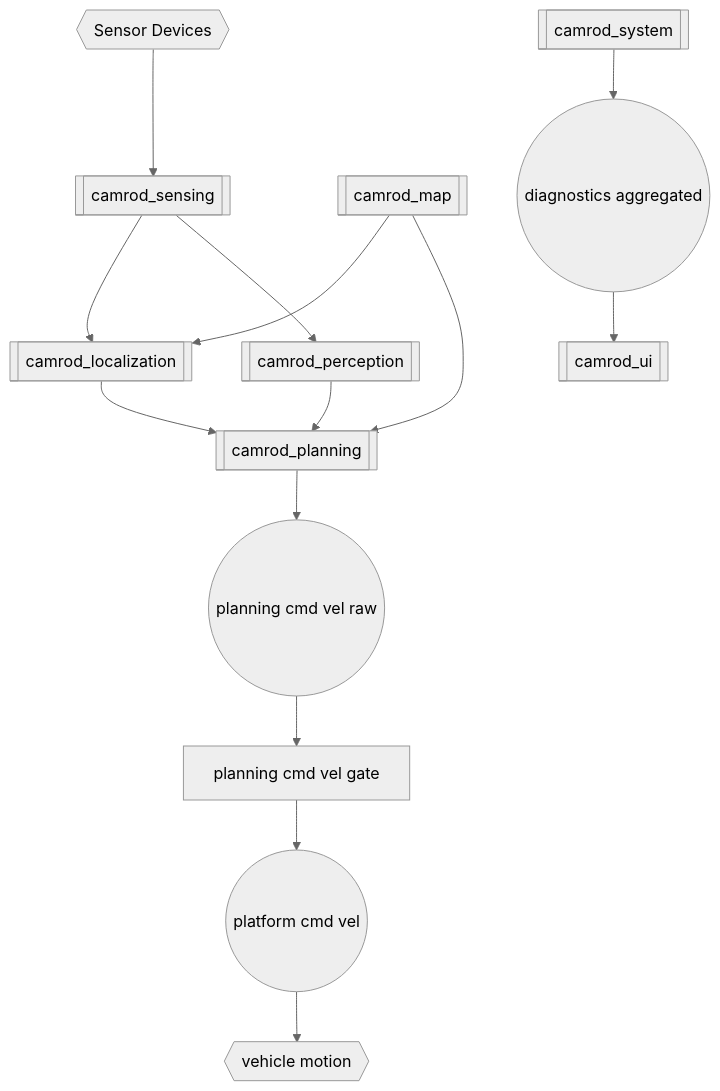
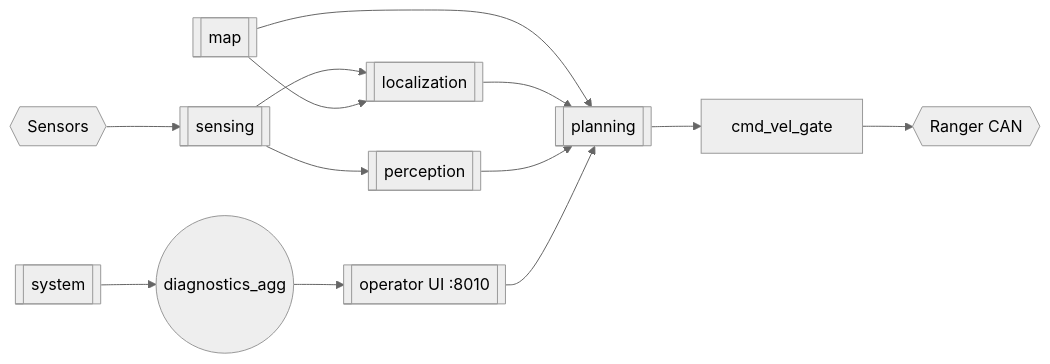
The second of 2 diagrams in README.md (hwanhonglee/CAMROD), drawn with Mermaid (neutral theme) before and after one commit. The commit also changed other lines of this file, not shown here.

First line of the commit message:
docs: rewrite README with full architecture, sensor list, profiles, UI, versioning

````diff
--- a/README.md
+++ b/README.md
@@ -50,16 +107,14 @@
 ```mermaid
-graph TD
-  SRC{{Sensor Devices}} --> SEN[[camrod_sensing]]
-  SEN --> LOC[[camrod_localization]]
-  SEN --> PER[[camrod_perception]]
-  MAP[[camrod_map]] --> LOC
-  MAP --> PLN[[camrod_planning]]
+graph LR
+  HW{{Sensors}} --> SEN[[sensing]]
+  SEN --> LOC[[localization]]
+  SEN --> PER[[perception]]
+  MAP[[map]] --> LOC & PLN[[planning]]
   LOC --> PLN
   PER --> PLN
-  PLN --> RAW((planning cmd vel raw))
-  RAW --> GATE[planning cmd vel gate]
-  GATE --> CMD((platform cmd vel))
-  CMD --> VEH{{vehicle motion}}
-  SYS[[camrod_system]] --> AGG((diagnostics aggregated))
-  AGG --> API[[camrod_ui]]
+  PLN --> GATE[cmd_vel_gate]
+  GATE --> VEH{{Ranger CAN}}
+  SYS[[system]] --> AGG((diagnostics_agg))
+  AGG --> UI[[operator UI :8010]]
+  UI --> PLN
 ```
````
